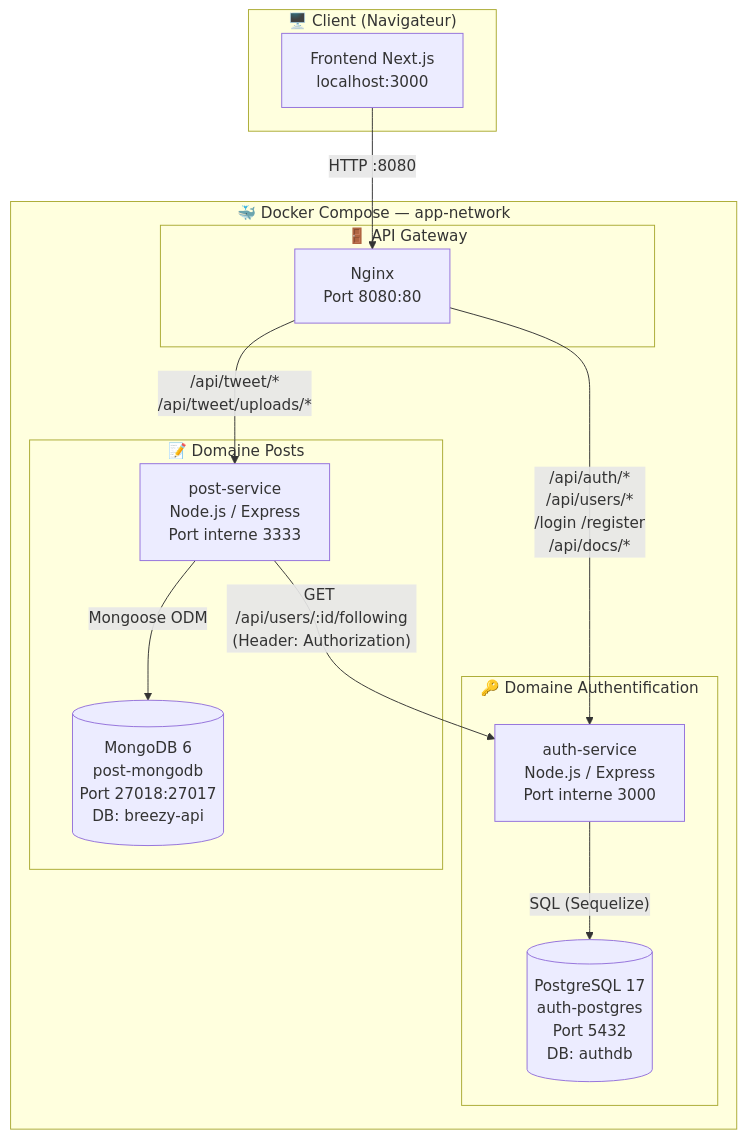
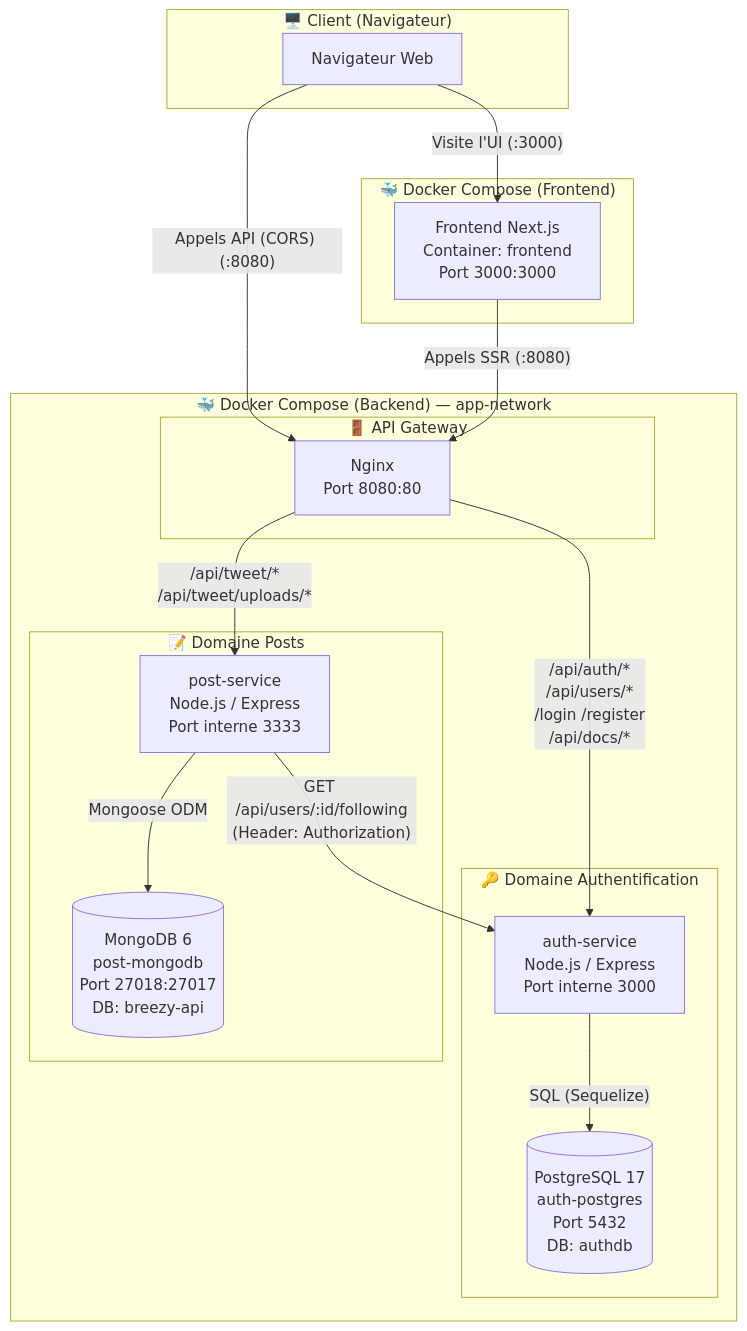
The first of 6 diagrams in breezy/architecture_breezy.md (DAD-Groupe-JRJE/frontend-api-breezy), drawn with Mermaid before and after one commit. The commit also changed other lines of this file, not shown here.

Commit message:
schéma darchitecture

````diff
--- a/breezy/architecture_breezy.md
+++ b/breezy/architecture_breezy.md
@@ -5,29 +5,35 @@
 ```mermaid
 graph TB
     subgraph CLIENT["🖥️ Client (Navigateur)"]
-        NEXT["Frontend Next.js<br/>localhost:3000"]
+        BROWSER["Navigateur Web"]
     end
 
-    subgraph DOCKER["🐳 Docker Compose — app-network"]
+    subgraph DOCKER_FRONT["🐳 Docker Compose (Frontend)"]
+        NEXT["Frontend Next.js<br/>Container: frontend<br/>Port 3000:3000"]
+    end
+
+    subgraph DOCKER_BACK["🐳 Docker Compose (Backend) — app-network"]
         subgraph GW["🚪 API Gateway"]
             NGINX["Nginx<br/>Port 8080:80"]
         end
 
         subgraph AUTH_DOMAIN["🔑 Domaine Authentification"]
             AUTH["auth-service<br/>Node.js / Express<br/>Port interne 3000"]
             POSTGRES[("PostgreSQL 17<br/>auth-postgres<br/>Port 5432<br/>DB: authdb")]
         end
 
         subgraph POST_DOMAIN["📝 Domaine Posts"]
             POST["post-service<br/>Node.js / Express<br/>Port interne 3333"]
             MONGO[("MongoDB 6<br/>post-mongodb<br/>Port 27018:27017<br/>DB: breezy-api")]
         end
     end
 
-    NEXT -- "HTTP :8080" --> NGINX
+    BROWSER -- "Visite l'UI (:3000)" --> NEXT
+    BROWSER -- "Appels API (CORS) (:8080)" --> NGINX
+    NEXT -- "Appels SSR (:8080)" --> NGINX
     NGINX -- "/api/auth/*<br/>/api/users/*<br/>/login /register<br/>/api/docs/*" --> AUTH
     NGINX -- "/api/tweet/*<br/>/api/tweet/uploads/*" --> POST
     AUTH -- "SQL (Sequelize)" --> POSTGRES
     POST -- "Mongoose ODM" --> MONGO
     POST -- "GET /api/users/:id/following<br/>(Header: Authorization)" --> AUTH
 ```
````
